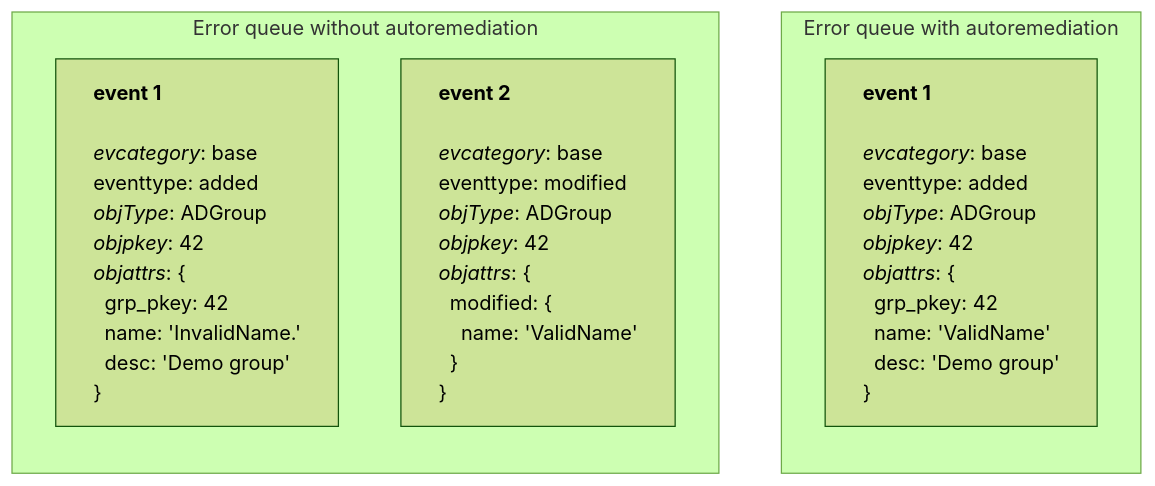
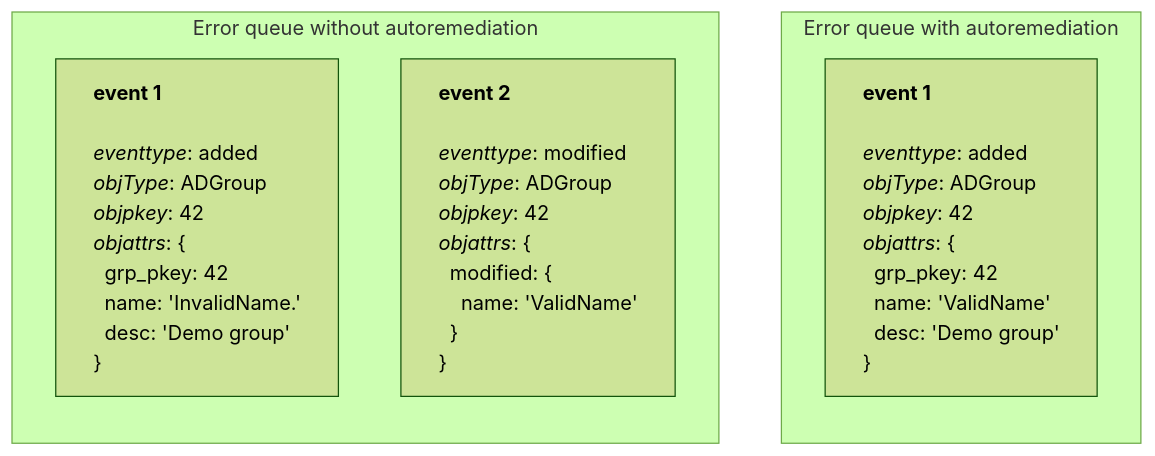
One commit to DSIN-INSA-Strasbourg/Hermes-doc changed the second of 2 diagrams in content/hermes/how-it-works/hermes-client/auto-remediation.md. Above: the diagram before and after it, drawn with Mermaid (forest theme). The commit also changed other lines of this file and 3 other files, not shown here.

````diff
--- a/content/hermes/how-it-works/hermes-client/auto-remediation.md
+++ b/content/hermes/how-it-works/hermes-client/auto-remediation.md
@@ -42,52 +41,49 @@
 ``` mermaid
 flowchart TB
   subgraph errorqueuebis [Error queue with autoremediation]
     direction TB
     ev1bis
   end
 
   subgraph errorqueue [Error queue without autoremediation]
     direction TB
     ev1
     ev2
   end
 
   ev1["`**event 1**
     &nbsp;
-    *evcategory*: base
-    eventtype: added
+    *eventtype*: added
     *objType*: ADGroup
     *objpkey*: 42
     *objattrs*: {
     &nbsp;&nbsp;grp_pkey: 42
     &nbsp;&nbsp;name: 'InvalidName.'
     &nbsp;&nbsp;desc: 'Demo group'
     }`"]
 
   ev2["`**event 2**
     &nbsp;
-    *evcategory*: base
-    eventtype: modified
+    *eventtype*: modified
     *objType*: ADGroup
     *objpkey*: 42
     *objattrs*: {
     &nbsp;&nbsp;modified: {
     &nbsp;&nbsp;&nbsp;&nbsp;name: 'ValidName'
     &nbsp;&nbsp;}
     }`"]
 
   ev1bis["`**event 1**
     &nbsp;
-    *evcategory*: base
-    eventtype: added
+    *eventtype*: added
     *objType*: ADGroup
     *objpkey*: 42
     *objattrs*: {
     &nbsp;&nbsp;grp_pkey: 42
     &nbsp;&nbsp;name: 'ValidName'
     &nbsp;&nbsp;desc: 'Demo group'
     }`"]
 
   classDef leftalign text-align:left
   class ev1,ev2,ev1bis leftalign
 ```
````
